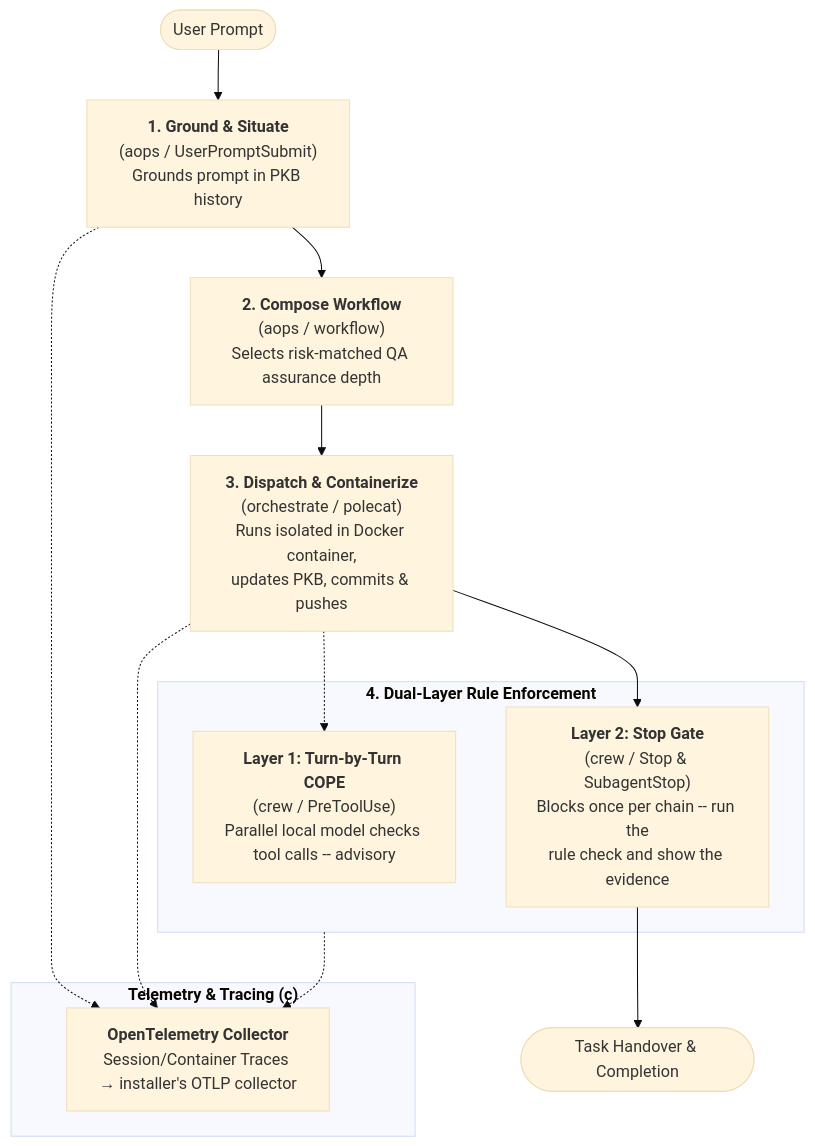
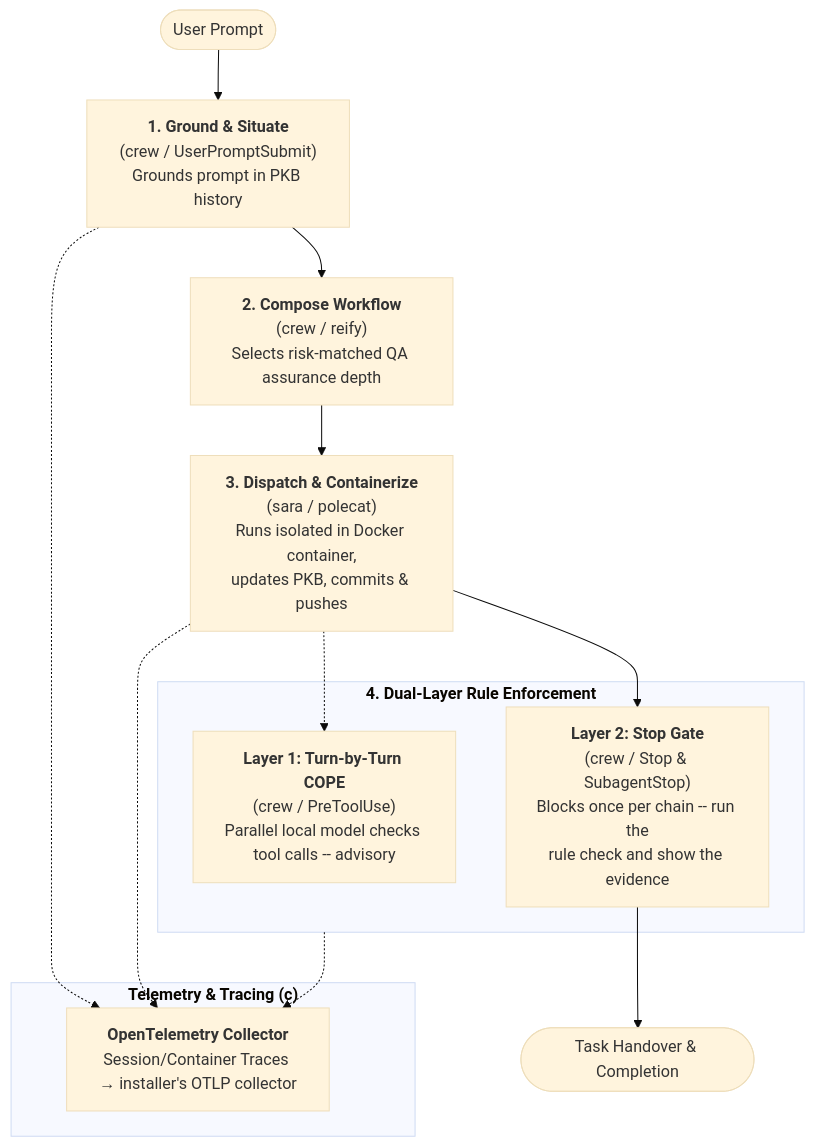
The diagram in README.md (nicsuzor/academicOps), drawn with Mermaid (base theme) before and after one commit. The commit also changed other lines of this file and 25 other files, not shown here.

First line of the commit message:
refactor(split): sara is polecat dispatch only; routing moves to james; drop the agy skill

````diff
--- a/README.md
+++ b/README.md
@@ -20,23 +20,23 @@
 ```mermaid
 flowchart TD
-    U([User Prompt]) --> P1["<b>1. Ground & Situate</b><br/>(aops / UserPromptSubmit)<br/>Grounds prompt in PKB history"]
-    P1 --> P2["<b>2. Compose Workflow</b><br/>(aops / workflow)<br/>Selects risk-matched QA assurance depth"]
-    P2 --> P3["<b>3. Dispatch & Containerize</b><br/>(orchestrate / polecat)<br/>Runs isolated in Docker container,<br/>updates PKB, commits & pushes"]
+    U([User Prompt]) --> P1["<b>1. Ground & Situate</b><br/>(crew / UserPromptSubmit)<br/>Grounds prompt in PKB history"]
+    P1 --> P2["<b>2. Compose Workflow</b><br/>(crew / reify)<br/>Selects risk-matched QA assurance depth"]
+    P2 --> P3["<b>3. Dispatch & Containerize</b><br/>(sara / polecat)<br/>Runs isolated in Docker container,<br/>updates PKB, commits & pushes"]
     
     subgraph Enforcement["<b>4. Dual-Layer Rule Enforcement</b>"]
         E1["<b>Layer 1: Turn-by-Turn COPE</b><br/>(crew / PreToolUse)<br/>Parallel local model checks tool calls -- advisory"]
         E2["<b>Layer 2: Stop Gate</b><br/>(crew / Stop & SubagentStop)<br/>Blocks once per chain -- run the<br/>rule check and show the evidence"]
     end
 
     P3 -.-> E1
     P3 --> E2
     E2 --> F([Task Handover & Completion])
 
     subgraph Tracing["<b>Telemetry & Tracing (c)</b>"]
         OTEL["<b>OpenTelemetry Collector</b><br/>Session/Container Traces → installer's OTLP collector"]
     end
 
     P1 -.-> OTEL
     P3 -.-> OTEL
     Enforcement -.-> OTEL
 ```
````
